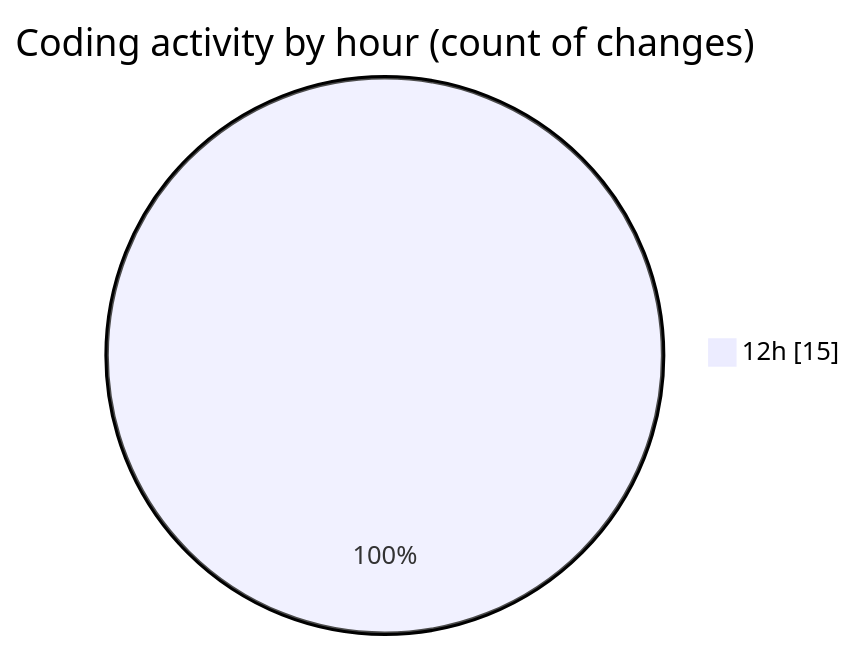
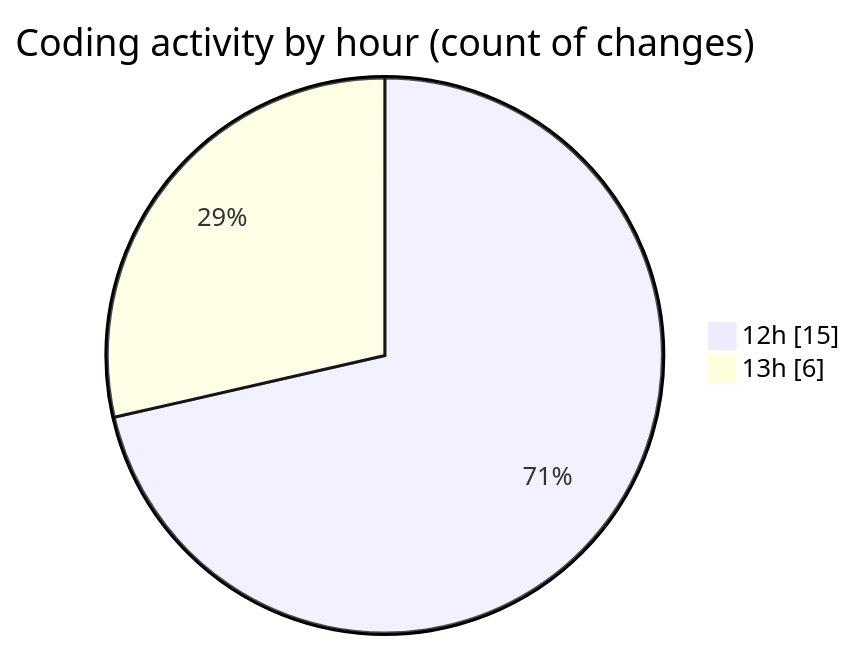
Before and after one commit to donsfak/code-tracking: the second of 2 diagrams in 2025-03-27/wordle/README.md, drawn with Mermaid. The commit also changed other lines of this file and 1 other file, not shown here.

````diff
--- a/2025-03-27/wordle/README.md
+++ b/2025-03-27/wordle/README.md
@@ -36,5 +37,6 @@
 ```mermaid
 pie showData
 title Coding activity by hour (count of changes)
 "12h" : 15
+"13h" : 6
 ```
````
